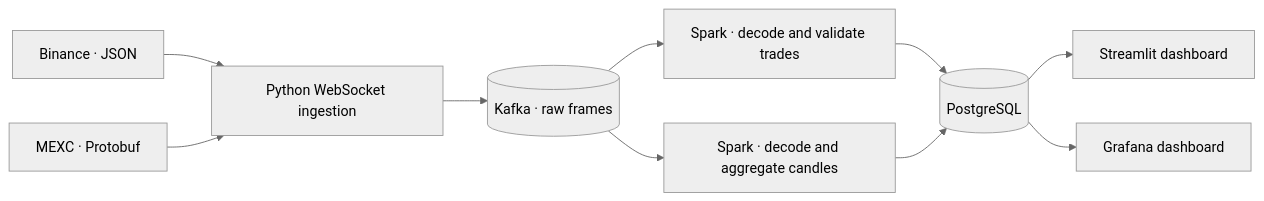
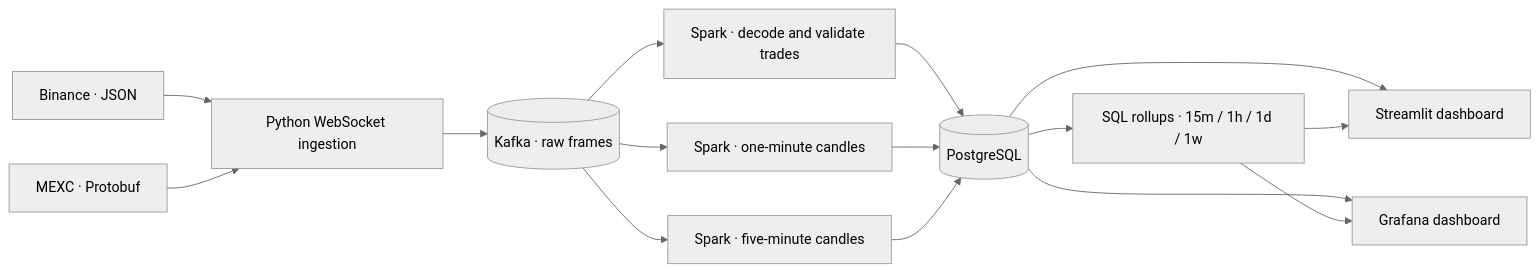
Before and after one commit to ayyayyron/Declarative-Multi-Exchange-Analytics-Platform: the diagram in README.md, drawn with Mermaid (neutral theme). The commit also changed other lines of this file and 20 other files, not shown here.

````diff
--- a/README.md
+++ b/README.md
@@ -29,12 +29,17 @@
 ```mermaid
 flowchart LR
     B["Binance · JSON"] --> I["Python WebSocket ingestion"]
     M["MEXC · Protobuf"] --> I
     I --> K[("Kafka · raw frames")]
     K --> T["Spark · decode and validate trades"]
-    K --> C["Spark · decode and aggregate candles"]
+    K --> C["Spark · one-minute candles"]
+    K --> F["Spark · five-minute candles"]
     T --> P[("PostgreSQL")]
     C --> P
+    F --> P
+    P --> R["SQL rollups · 15m / 1h / 1d / 1w"]
     P --> UI["Streamlit dashboard"]
     P --> G["Grafana dashboard"]
+    R --> UI
+    R --> G
 ```
````
